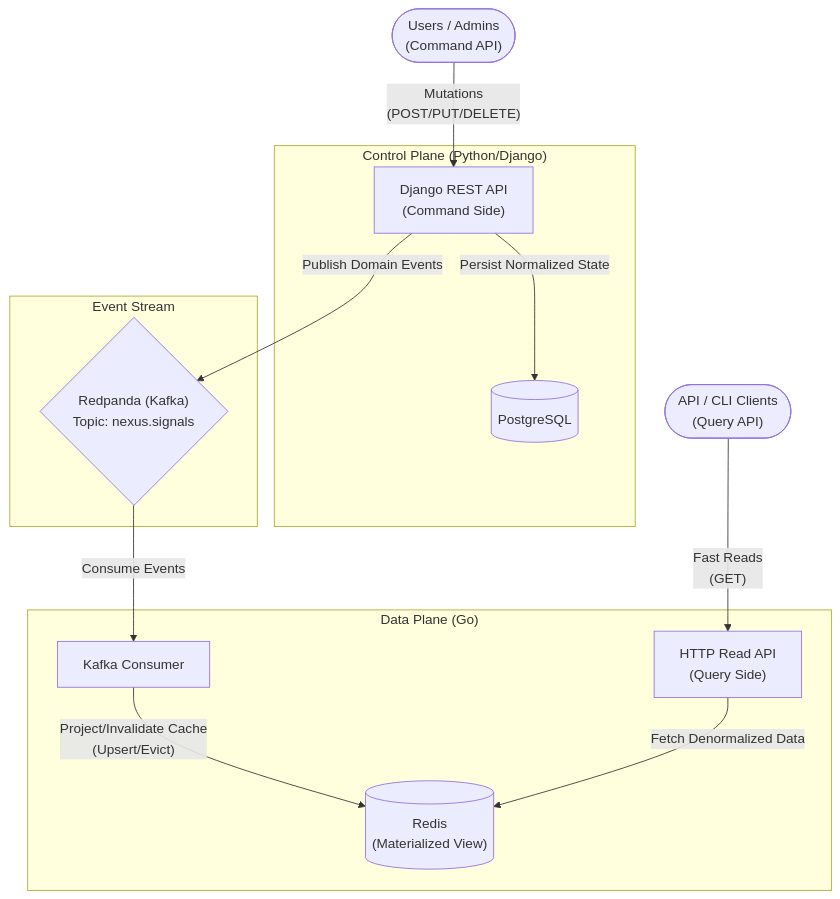
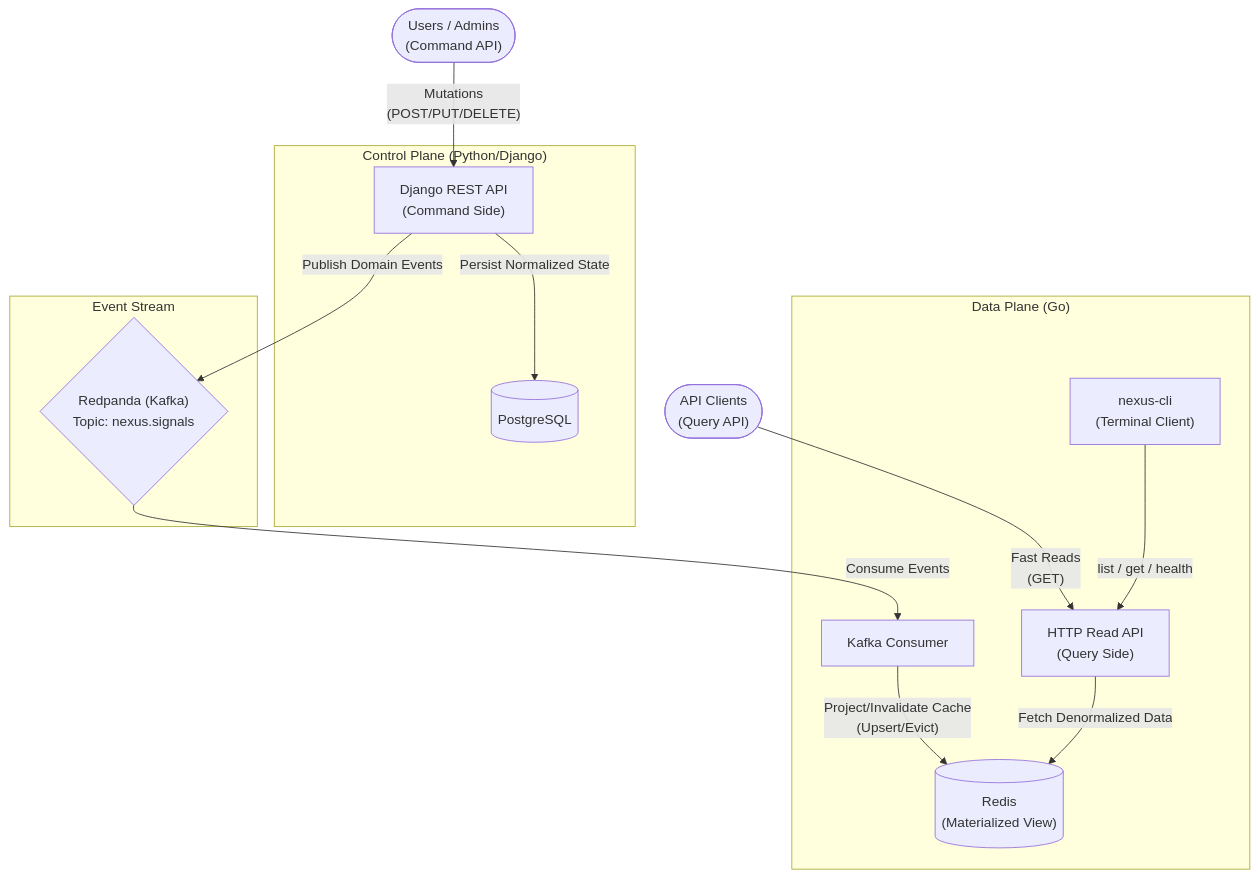
Before and after one commit to oragazz0/nexus-event-stream: the diagram in README.md, drawn with Mermaid.

Commit message:
docs: update architecture diagram to include CLI client

````diff
--- a/README.md
+++ b/README.md
@@ -12,38 +12,40 @@
 ```mermaid
 graph TD
     %% Actors
     Users(["Users / Admins
     (Command API)"])
-    Clients(["API / CLI Clients 
+    Clients(["API Clients
     (Query API)"])
 
     %% Applications
     subgraph ControlPlane["Control Plane (Python/Django)"]
         Django["Django REST API<br/>(Command Side)"]
         Postgres[("PostgreSQL")]
     end
 
     subgraph EventStream["Event Stream"]
         Redpanda{"Redpanda (Kafka)<br/>Topic: nexus.signals"}
     end
 
     subgraph DataPlane["Data Plane (Go)"]
         GoConsumer["Kafka Consumer"]
         Redis[("Redis<br/>(Materialized View)")]
         GoAPI["HTTP Read API<br/>(Query Side)"]
+        CLI["nexus-cli<br/>(Terminal Client)"]
     end
 
     %% Flows
     Users -- "Mutations
     (POST/PUT/DELETE)" --> Django
     Django -- "Persist Normalized State" --> Postgres
     Django -- "Publish Domain Events" --> Redpanda
-    
+
     Redpanda -- "Consume Events" --> GoConsumer
     GoConsumer -- "Project/Invalidate Cache
     (Upsert/Evict)" --> Redis
-    
+
     Clients -- "Fast Reads
     (GET)" --> GoAPI
+    CLI -- "list / get / health" --> GoAPI
     GoAPI -- "Fetch Denormalized Data" --> Redis
 ```
````
